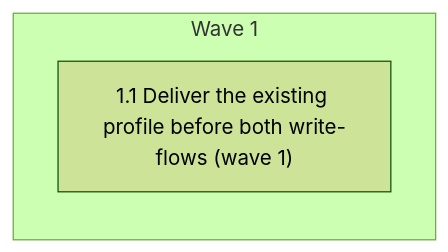
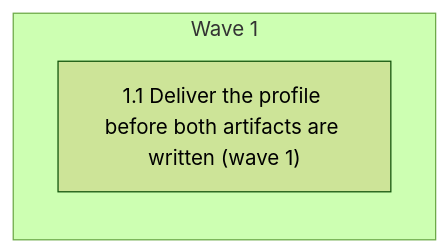
Before and after one commit to minhtran3124/agent-harness: the diagram in specs/ste-terminology-evidence/PLAN.md, drawn with Mermaid (forest theme). The commit also changed other lines of this file and 7 other files, not shown here.

````diff
--- a/specs/ste-terminology-evidence/PLAN.md
+++ b/specs/ste-terminology-evidence/PLAN.md
@@ -19,6 +19,6 @@
 ```mermaid
 flowchart LR
   subgraph W0[Wave 1]
-    T1_1["1.1 Deliver the existing profile before both write-flows (wave 1)"]
+    T1_1["1.1 Deliver the profile before both artifacts are written (wave 1)"]
   end
 ```
````
